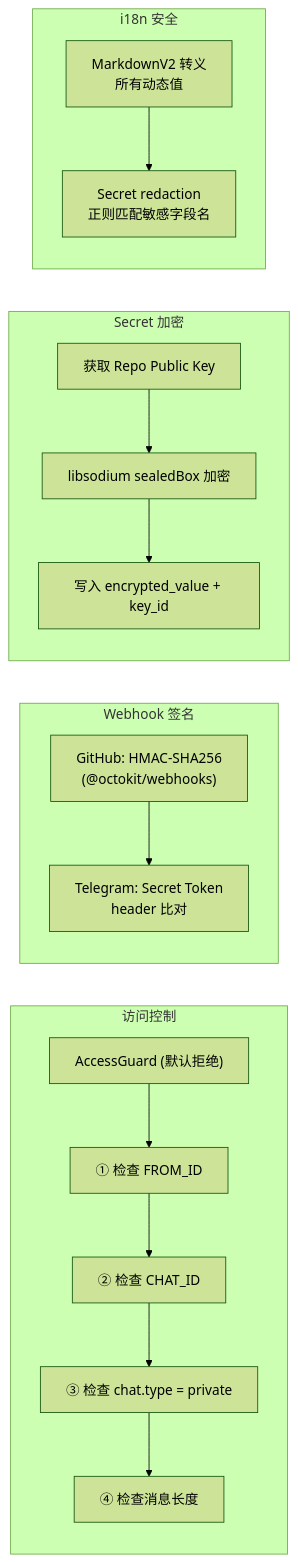
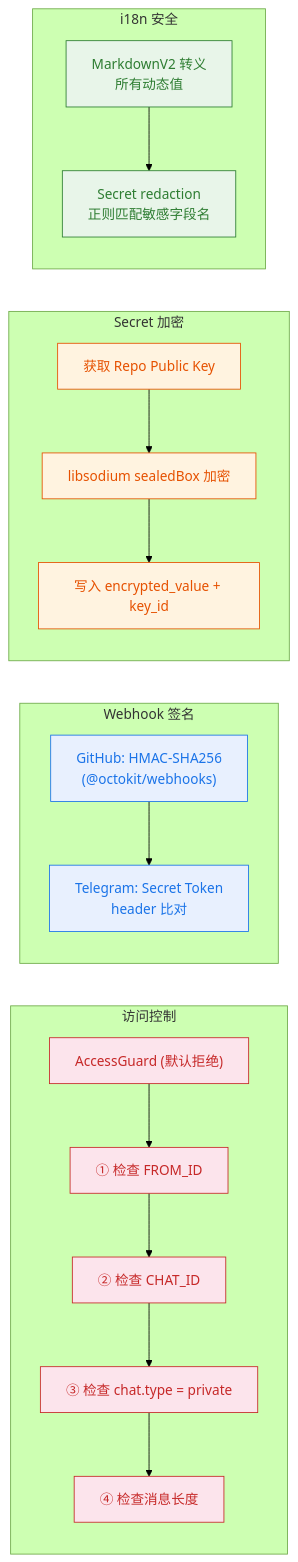
Before and after one commit to jeffsia-blacksmith/altShiftClawCore: the ninth of 11 diagrams in src/ARCHITECTURE.md, drawn with Mermaid (forest theme). The commit also changed other lines of this file, not shown here.

First line of the commit message:
docs: add color coding to all remaining mermaid charts

````diff
--- a/src/ARCHITECTURE.md
+++ b/src/ARCHITECTURE.md
@@ -531,31 +572,36 @@
 ```mermaid
 flowchart LR
+    classDef guard fill:#fce4ec,stroke:#c62828,color:#c62828
+    classDef sign fill:#e8f0fe,stroke:#1a73e8,color:#1a73e8
+    classDef secret fill:#fff3e0,stroke:#e65100,color:#e65100
+    classDef i18n fill:#e8f5e9,stroke:#2e7d32,color:#2e7d32
+
     subgraph "访问控制"
-        AG["AccessGuard (默认拒绝)"]
-        AG1["① 检查 FROM_ID"]
-        AG2["② 检查 CHAT_ID"]
-        AG3["③ 检查 chat.type = private"]
-        AG4["④ 检查消息长度"]
+        AG["AccessGuard (默认拒绝)"]:::guard
+        AG1["① 检查 FROM_ID"]:::guard
+        AG2["② 检查 CHAT_ID"]:::guard
+        AG3["③ 检查 chat.type = private"]:::guard
+        AG4["④ 检查消息长度"]:::guard
     end
 
     subgraph "Webhook 签名"
-        GS["GitHub: HMAC-SHA256<br/>(@octokit/webhooks)"]
-        TS["Telegram: Secret Token<br/>header 比对"]
+        GS["GitHub: HMAC-SHA256<br/>(@octokit/webhooks)"]:::sign
+        TS["Telegram: Secret Token<br/>header 比对"]:::sign
     end
 
     subgraph "Secret 加密"
-        SE1["获取 Repo Public Key"]
-        SE2["libsodium sealedBox 加密"]
-        SE3["写入 encrypted_value + key_id"]
+        SE1["获取 Repo Public Key"]:::secret
+        SE2["libsodium sealedBox 加密"]:::secret
+        SE3["写入 encrypted_value + key_id"]:::secret
     end
 
     subgraph "i18n 安全"
-        I18N1["MarkdownV2 转义<br/>所有动态值"]
-        I18N2["Secret redaction<br/>正则匹配敏感字段名"]
+        I18N1["MarkdownV2 转义<br/>所有动态值"]:::i18n
+        I18N2["Secret redaction<br/>正则匹配敏感字段名"]:::i18n
     end
 
     AG --> AG1 --> AG2 --> AG3 --> AG4
     GS --> TS
     SE1 --> SE2 --> SE3
     I18N1 --> I18N2
 ```
````
